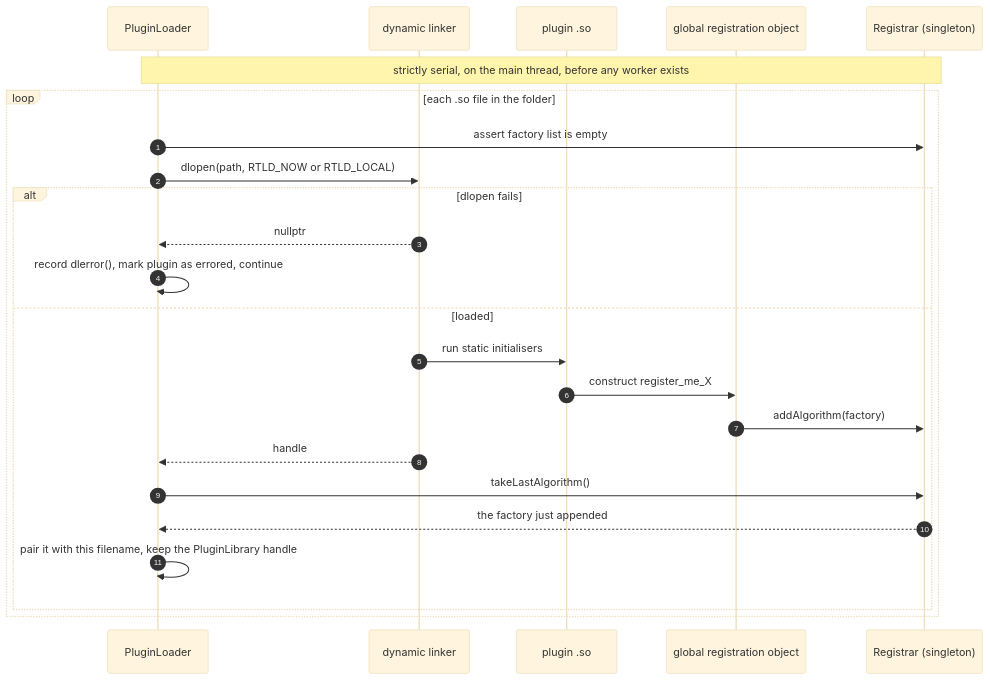
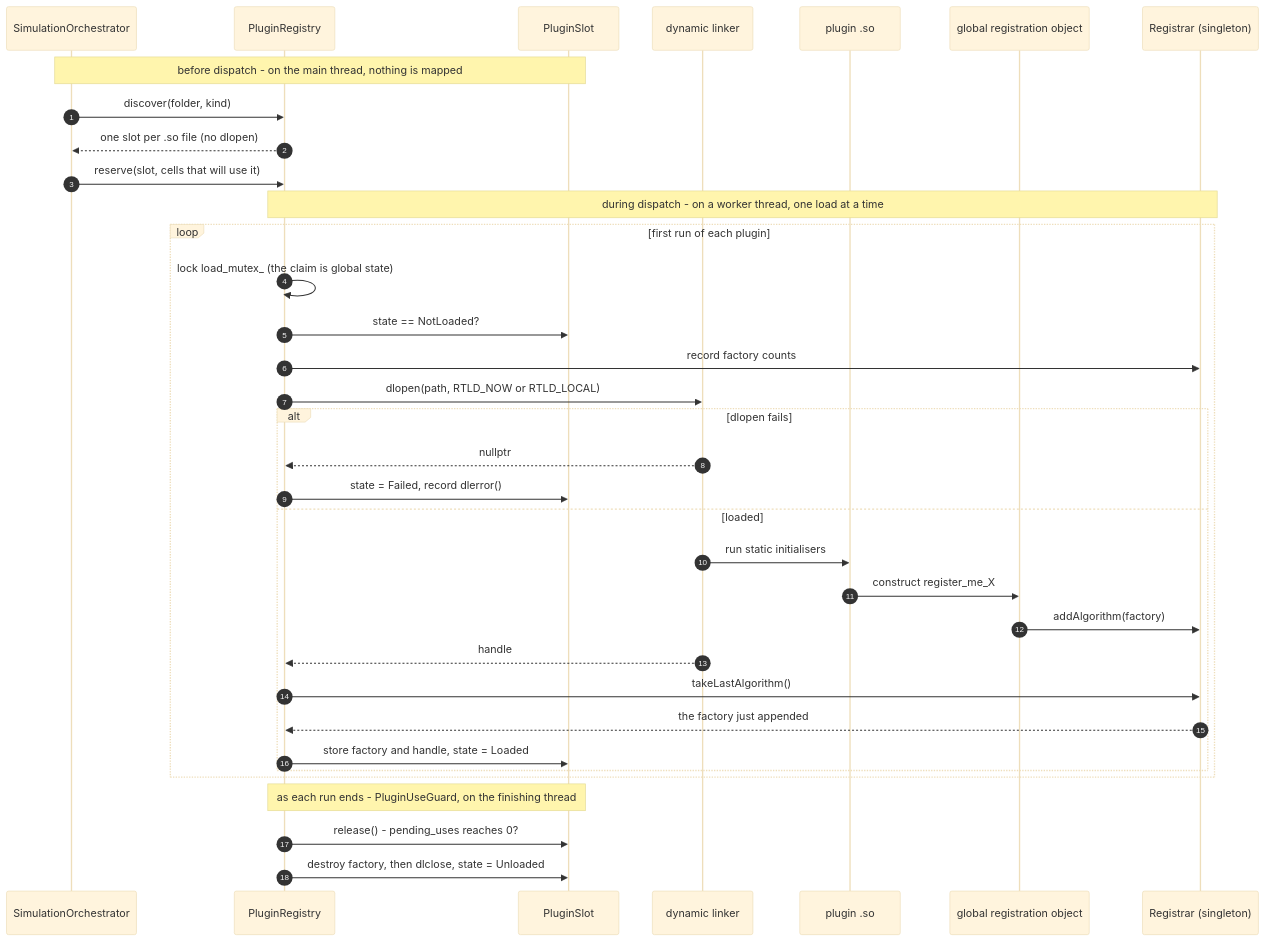
Before and after one commit to Roeikaplan/ex3-Drone-Mapper: the fifth of 13 diagrams in docs/HLD.md, drawn with Mermaid (base theme). The commit also changed other lines of this file and 30 other files, not shown here.

````diff
--- a/docs/HLD.md
+++ b/docs/HLD.md
@@ -686,28 +717,40 @@
 ```mermaid
 sequenceDiagram
     autonumber
-    participant Loader as PluginLoader
+    participant Orc as SimulationOrchestrator
+    participant Reg2 as PluginRegistry
+    participant Slot as PluginSlot
     participant OS as dynamic linker
     participant SO as plugin .so
     participant Glob as global registration object
     participant Reg as Registrar (singleton)
 
-    Note over Loader,Reg: strictly serial, on the main thread, before any worker exists
+    Note over Orc,Slot: before dispatch - on the main thread, nothing is mapped
+    Orc->>Reg2: discover(folder, kind)
+    Reg2-->>Orc: one slot per .so file (no dlopen)
+    Orc->>Reg2: reserve(slot, cells that will use it)
 
-    loop each .so file in the folder
-        Loader->>Reg: assert factory list is empty
-        Loader->>OS: dlopen(path, RTLD_NOW or RTLD_LOCAL)
+    Note over Reg2,Reg: during dispatch - on a worker thread, one load at a time
+    loop first run of each plugin
+        Reg2->>Reg2: lock load_mutex_ (the claim is global state)
+        Reg2->>Slot: state == NotLoaded?
+        Reg2->>Reg: record factory counts
+        Reg2->>OS: dlopen(path, RTLD_NOW or RTLD_LOCAL)
         alt dlopen fails
-            OS-->>Loader: nullptr
-            Loader->>Loader: record dlerror(), mark plugin as errored, continue
+            OS-->>Reg2: nullptr
+            Reg2->>Slot: state = Failed, record dlerror()
         else loaded
             OS->>SO: run static initialisers
             SO->>Glob: construct register_me_X
             Glob->>Reg: addAlgorithm(factory)
-            OS-->>Loader: handle
-            Loader->>Reg: takeLastAlgorithm()
-            Reg-->>Loader: the factory just appended
-            Loader->>Loader: pair it with this filename, keep the PluginLibrary handle
+            OS-->>Reg2: handle
+            Reg2->>Reg: takeLastAlgorithm()
+            Reg-->>Reg2: the factory just appended
+            Reg2->>Slot: store factory and handle, state = Loaded
         end
     end
+
+    Note over Reg2,Slot: as each run ends - PluginUseGuard, on the finishing thread
+    Reg2->>Slot: release() - pending_uses reaches 0?
+    Reg2->>Slot: destroy factory, then dlclose, state = Unloaded
 ```
````
